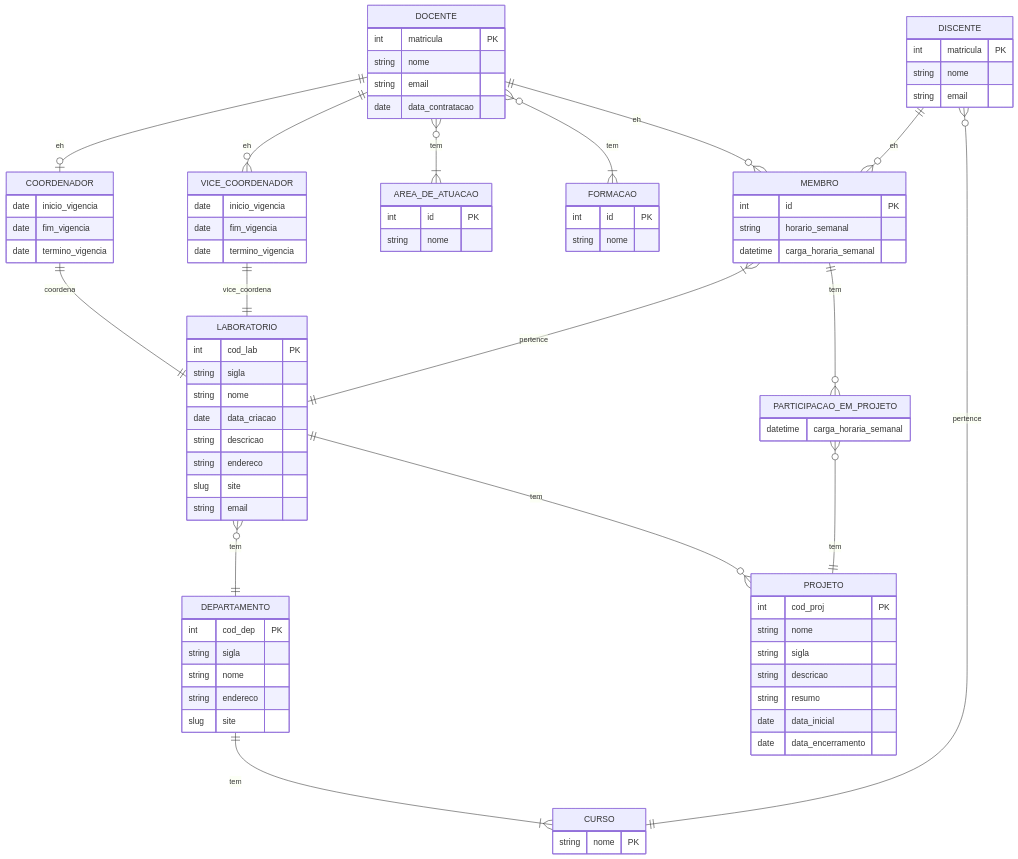
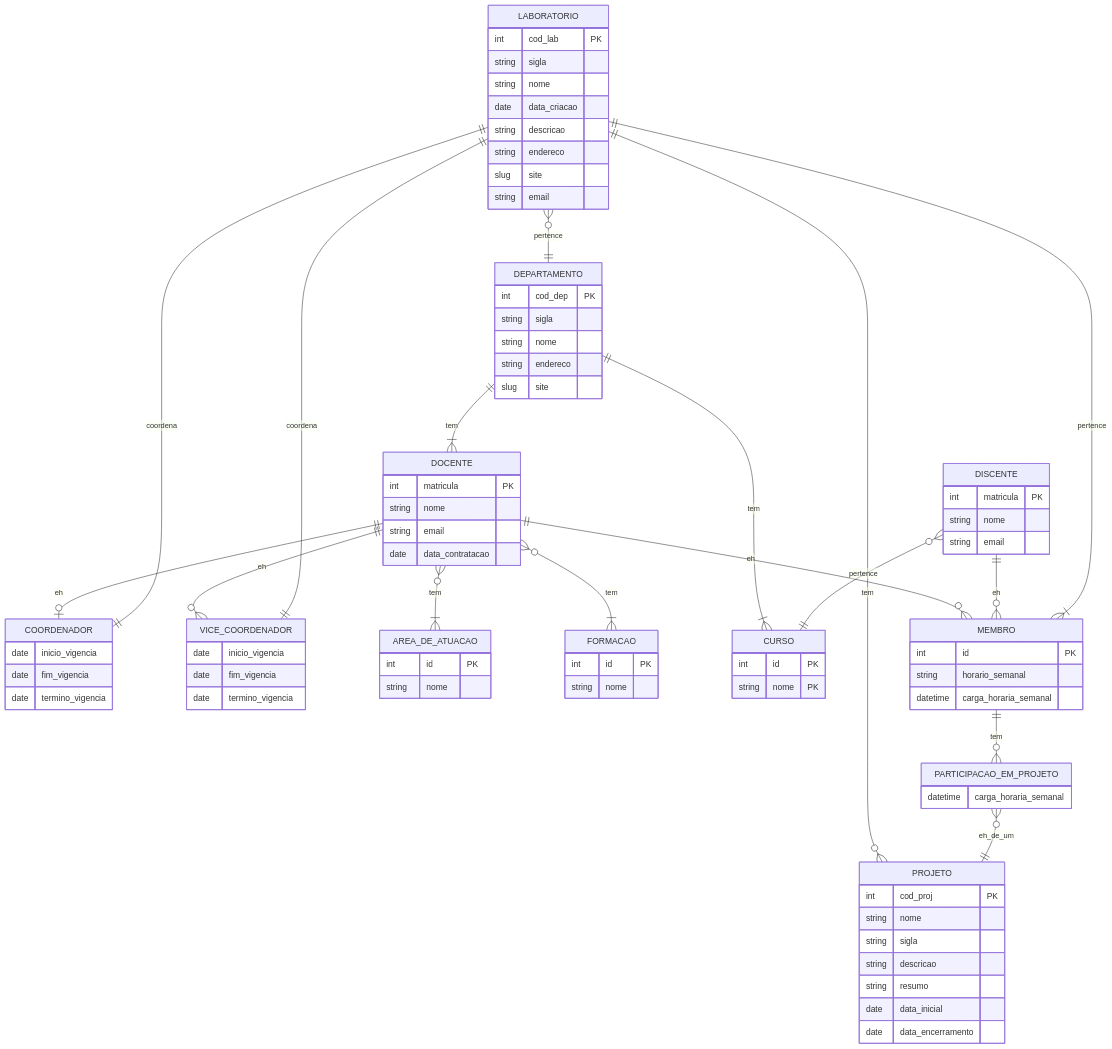
Before and after one commit to tacianosilva/bsi-tasks: the diagram in database/20231/tarefas/mts-lucas/tarefa02.md, drawn with Mermaid. The commit also changed other lines of this file, not shown here.

```diff
--- a/database/20231/tarefas/mts-lucas/tarefa02.md
+++ b/database/20231/tarefas/mts-lucas/tarefa02.md
@@ -134,6 +134,8 @@
         string email
     }
     CURSO {
+        
+        int id PK
         string nome PK
     }
     MEMBRO {
@@ -157,7 +159,7 @@
         datetime carga_horaria_semanal
     }
 
-    LABORATORIO }o--|| DEPARTAMENTO : tem
+    DEPARTAMENTO ||--|{ DOCENTE : tem
     DEPARTAMENTO ||--|{ CURSO : tem
     DOCENTE }o--|{ AREA_DE_ATUACAO : tem
     DOCENTE }o--|{ FORMACAO : tem
@@ -166,17 +168,20 @@
     COORDENADOR ||--|| LABORATORIO : coordena
 
     DOCENTE ||--o{ VICE_COORDENADOR : eh
-    VICE_COORDENADOR ||--|| LABORATORIO : vice_coordena
+    VICE_COORDENADOR ||--|| LABORATORIO : coordena
 
     DISCENTE }o--|| CURSO : pertence
 
+
+    
     MEMBRO }|--|| LABORATORIO : pertence
     DOCENTE ||--o{ MEMBRO : eh
     DISCENTE ||--o{ MEMBRO : eh
 
     LABORATORIO ||--o{ PROJETO : tem
+    LABORATORIO }o--|| DEPARTAMENTO : pertence
     MEMBRO ||--o{ PARTICIPACAO_EM_PROJETO : tem
-    PARTICIPACAO_EM_PROJETO }o--|| PROJETO : tem
+    PARTICIPACAO_EM_PROJETO }o--|| PROJETO : eh_de_um
 
 
 
```
